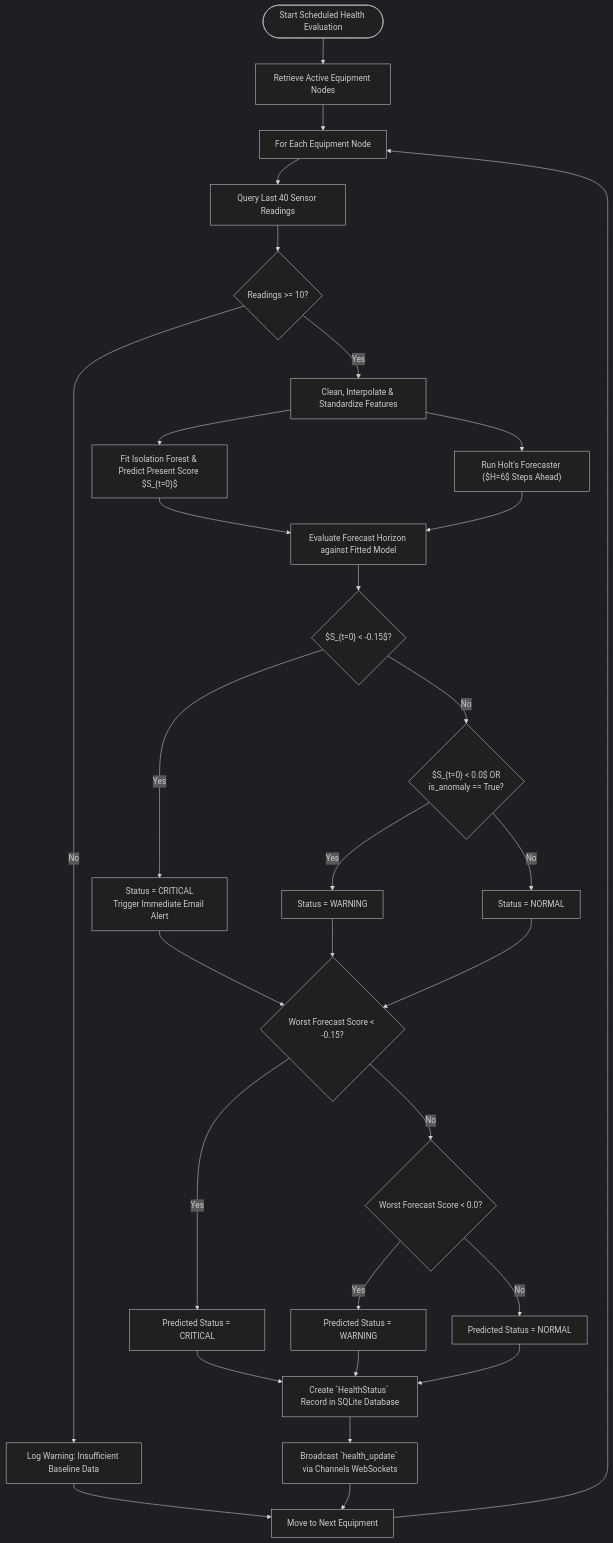
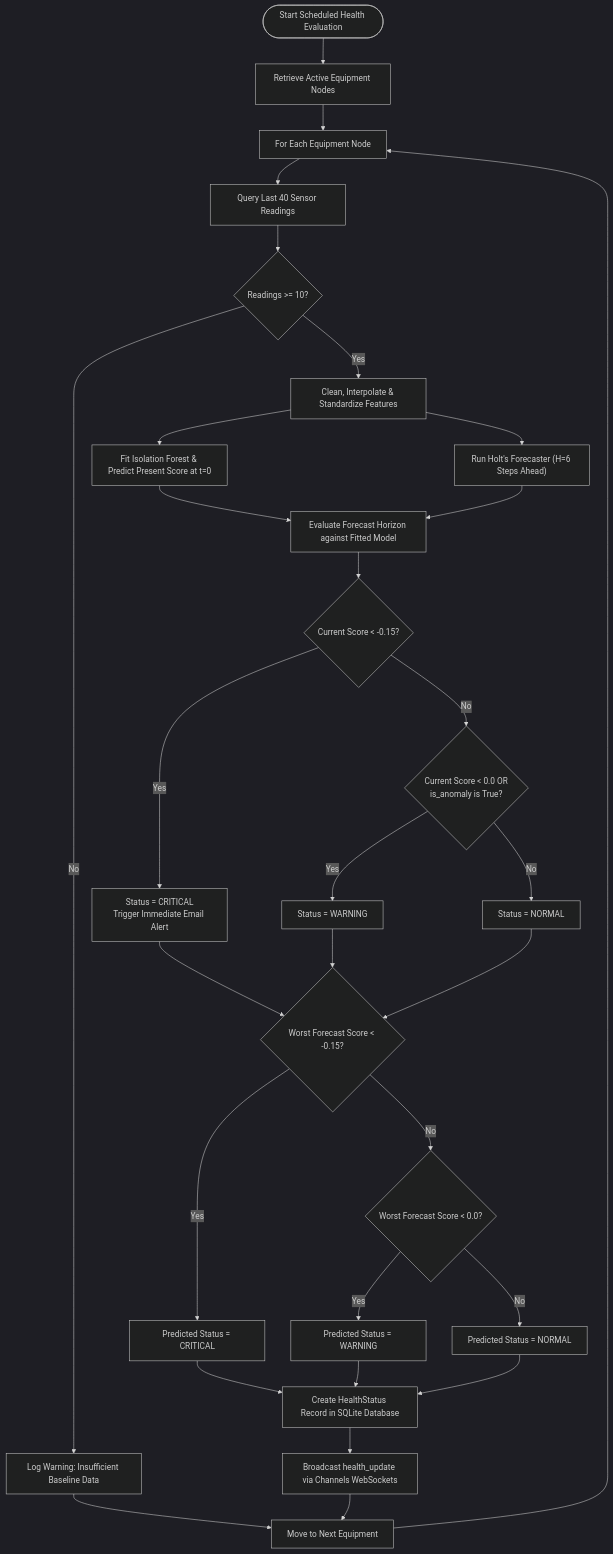
Before and after one commit to bendeze/upemba-iot-backend: the tenth of 18 diagrams in ARCHITECTURE.md, drawn with Mermaid (dark theme). The commit also changed other lines of this file and 2 other files, not shown here.

````diff
--- a/ARCHITECTURE.md
+++ b/ARCHITECTURE.md
@@ -554,39 +554,39 @@
 ```mermaid
 flowchart TD
     START(["Start Scheduled Health Evaluation"]) --> FETCH_EQ["Retrieve Active Equipment Nodes"]
     FETCH_EQ --> LOOP_START["For Each Equipment Node"]
     
     LOOP_START --> FETCH_DATA["Query Last 40 Sensor Readings"]
     FETCH_DATA --> CHECK_COUNT{"Readings >= 10?"}
     
     CHECK_COUNT -- No --> LOG_SKIP["Log Warning: Insufficient Baseline Data"] --> NEXT_NODE["Move to Next Equipment"]
     
     CHECK_COUNT -- Yes --> PREPROC["Clean, Interpolate & Standardize Features"]
-    PREPROC --> FIT_ML["Fit Isolation Forest & Predict Present Score $S_{t=0}$"]
-    PREPROC --> RUN_FORECAST["Run Holt's Forecaster ($H=6$ Steps Ahead)"]
+    PREPROC --> FIT_ML["Fit Isolation Forest & Predict Present Score at t=0"]
+    PREPROC --> RUN_FORECAST["Run Holt's Forecaster (H=6 Steps Ahead)"]
     
     FIT_ML & RUN_FORECAST --> EVAL_FUTURE["Evaluate Forecast Horizon against Fitted Model"]
     
-    EVAL_FUTURE --> CHECK_CURRENT_CRIT{"$S_{t=0} < -0.15$?"}
+    EVAL_FUTURE --> CHECK_CURRENT_CRIT{"Current Score < -0.15?"}
     CHECK_CURRENT_CRIT -- Yes --> SET_CURR_CRIT["Status = CRITICAL\nTrigger Immediate Email Alert"]
-    CHECK_CURRENT_CRIT -- No --> CHECK_CURRENT_WARN{"$S_{t=0} < 0.0$ OR\nis_anomaly == True?"}
+    CHECK_CURRENT_CRIT -- No --> CHECK_CURRENT_WARN{"Current Score < 0.0 OR\nis_anomaly is True?"}
     CHECK_CURRENT_WARN -- Yes --> SET_CURR_WARN["Status = WARNING"]
     CHECK_CURRENT_WARN -- No --> SET_CURR_NORM["Status = NORMAL"]
 
     SET_CURR_CRIT --> CHECK_PRED_CRIT{"Worst Forecast Score < -0.15?"}
     SET_CURR_WARN --> CHECK_PRED_CRIT
     SET_CURR_NORM --> CHECK_PRED_CRIT
 
     CHECK_PRED_CRIT -- Yes --> SET_PRED_CRIT["Predicted Status = CRITICAL"]
     CHECK_PRED_CRIT -- No --> CHECK_PRED_WARN{"Worst Forecast Score < 0.0?"}
     CHECK_PRED_WARN -- Yes --> SET_PRED_WARN["Predicted Status = WARNING"]
     CHECK_PRED_WARN -- No --> SET_PRED_NORM["Predicted Status = NORMAL"]
 
-    SET_PRED_CRIT --> SAVE_HEALTH["Create `HealthStatus` Record in SQLite Database"]
+    SET_PRED_CRIT --> SAVE_HEALTH["Create HealthStatus Record in SQLite Database"]
     SET_PRED_WARN --> SAVE_HEALTH
     SET_PRED_NORM --> SAVE_HEALTH
 
-    SAVE_HEALTH --> WS_PUSH["Broadcast `health_update` via Channels WebSockets"]
+    SAVE_HEALTH --> WS_PUSH["Broadcast health_update via Channels WebSockets"]
     WS_PUSH --> NEXT_NODE
     NEXT_NODE --> LOOP_START
 ```
````
